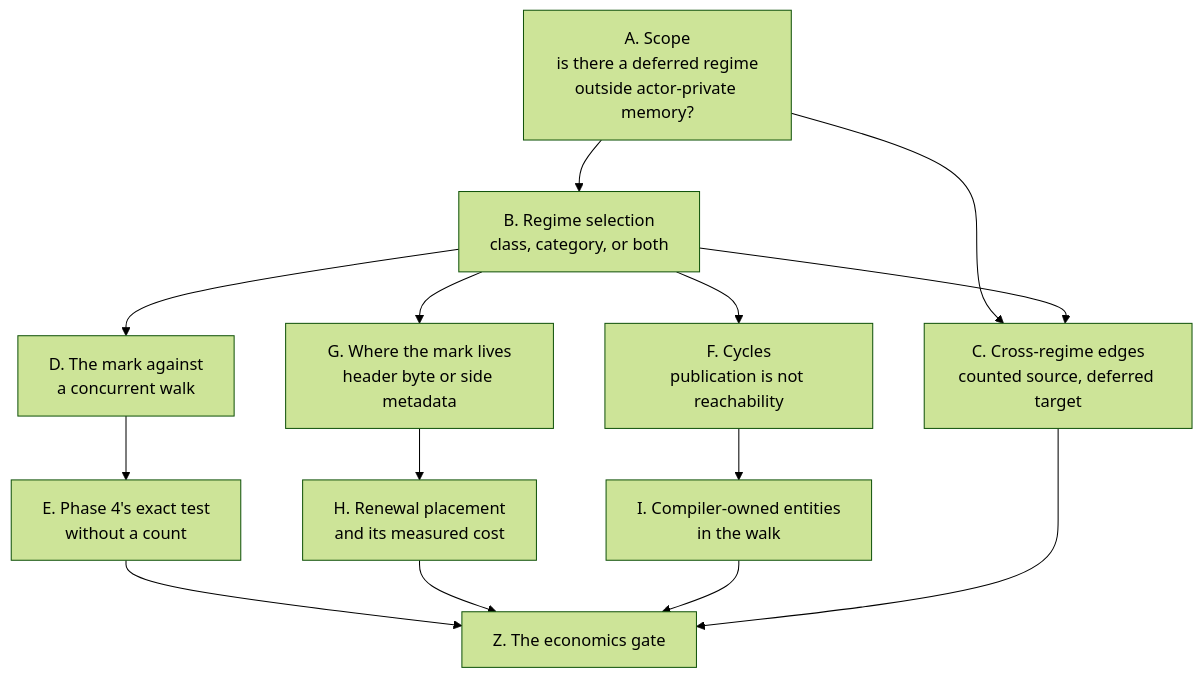
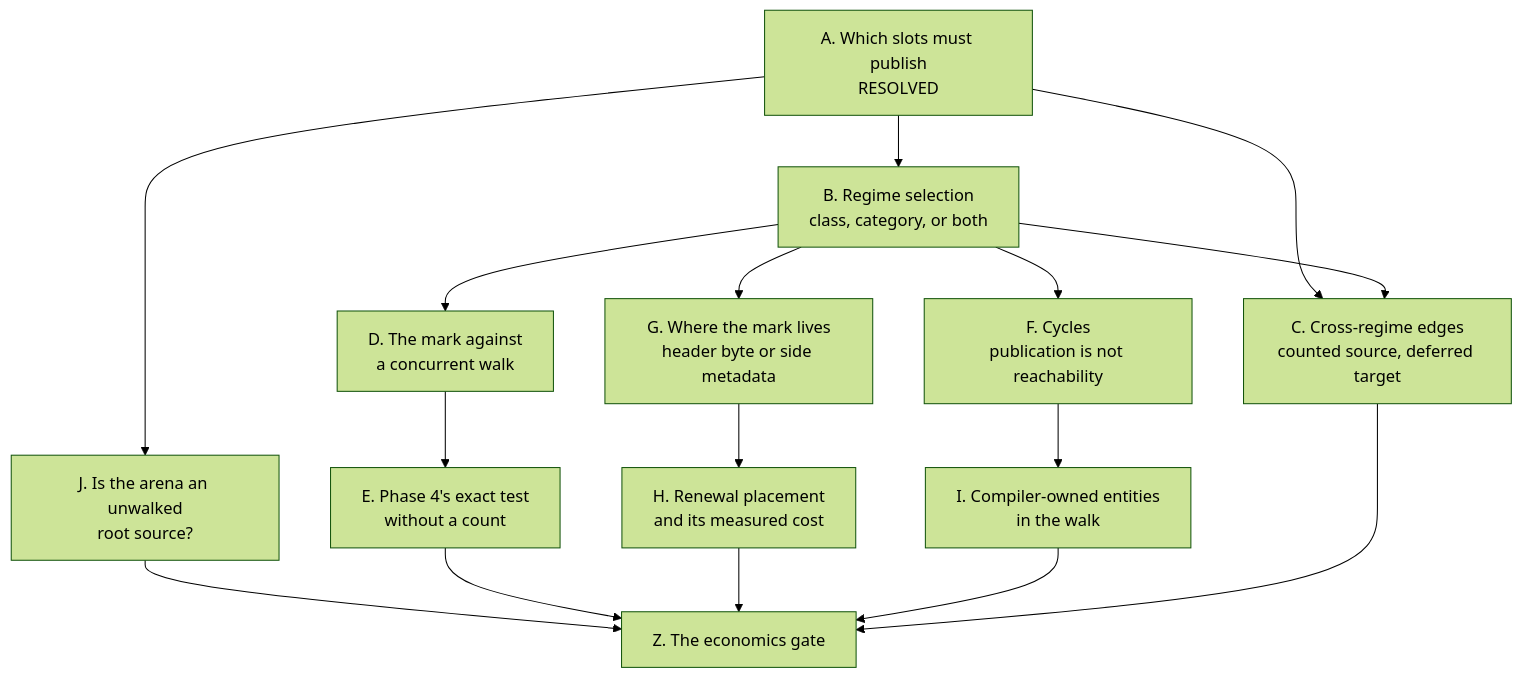
Before and after one commit to limelight-lang/rfc: the diagram in model/gc/gc-horizon-v2/questions.md, drawn with Mermaid (forest theme). The commit also changed other lines of this file and 1 other file, not shown here.

Commit message:
gc: close node A on the walked-slot axis and open node J on the arena

````diff
--- a/model/gc/gc-horizon-v2/questions.md
+++ b/model/gc/gc-horizon-v2/questions.md
@@ -9,27 +9,30 @@
 ```mermaid
 graph TD
-    A["A. Scope<br/>is there a deferred regime<br/>outside actor-private memory?"]
+    A["A. Which slots must publish<br/>RESOLVED"]
     B["B. Regime selection<br/>class, category, or both"]
     C["C. Cross-regime edges<br/>counted source, deferred target"]
     D["D. The mark against<br/>a concurrent walk"]
     E["E. Phase 4's exact test<br/>without a count"]
     F["F. Cycles<br/>publication is not reachability"]
     G["G. Where the mark lives<br/>header byte or side metadata"]
     H["H. Renewal placement<br/>and its measured cost"]
     I["I. Compiler-owned entities<br/>in the walk"]
+    J["J. Is the arena an unwalked<br/>root source?"]
     Z["Z. The economics gate"]
 
     A --> B
     A --> C
     B --> C
     B --> D
     B --> F
     B --> G
     D --> E
     F --> I
     G --> H
+    A --> J
+    J --> Z
     E --> Z
     H --> Z
     I --> Z
     C --> Z
 ```
````
